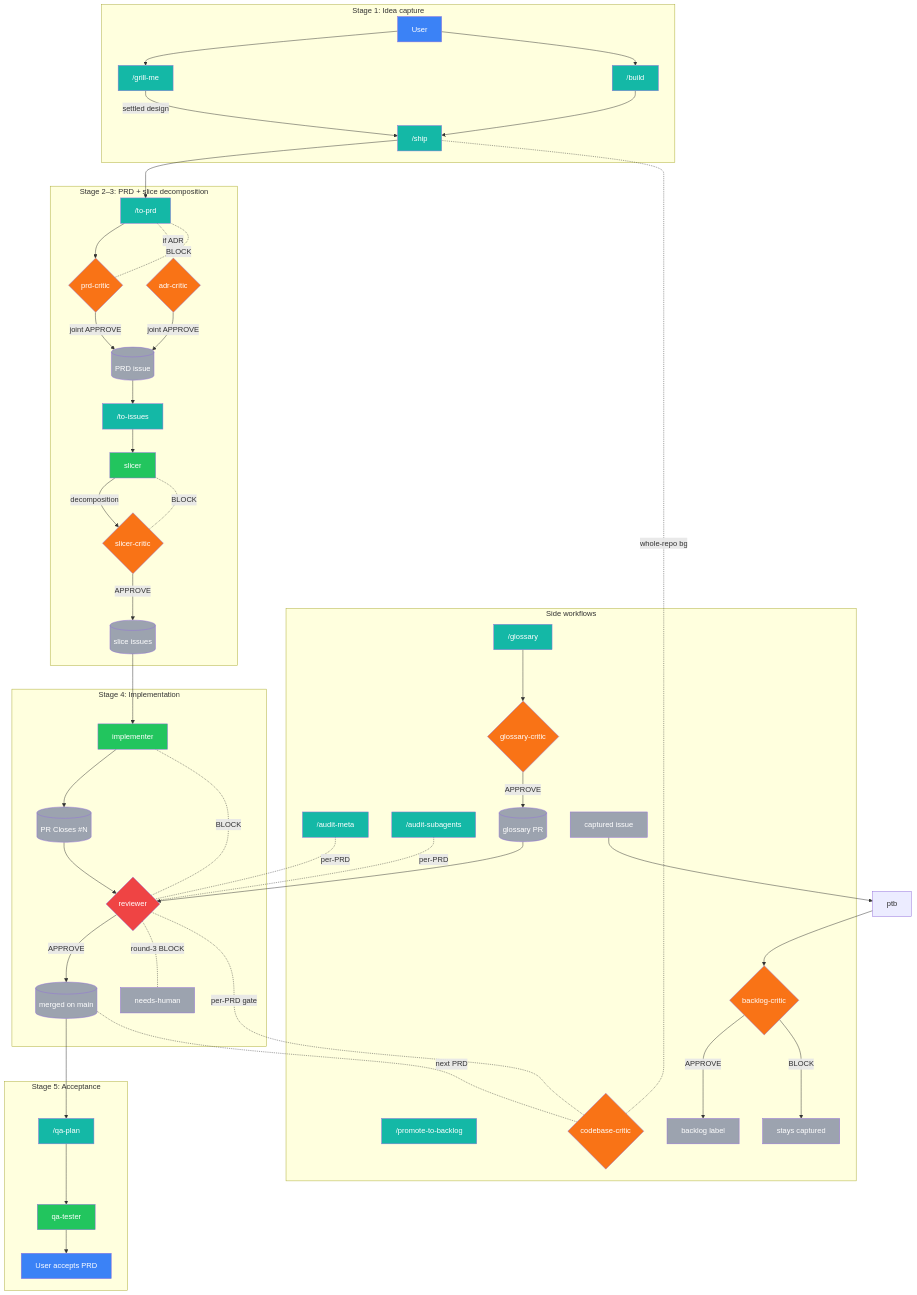
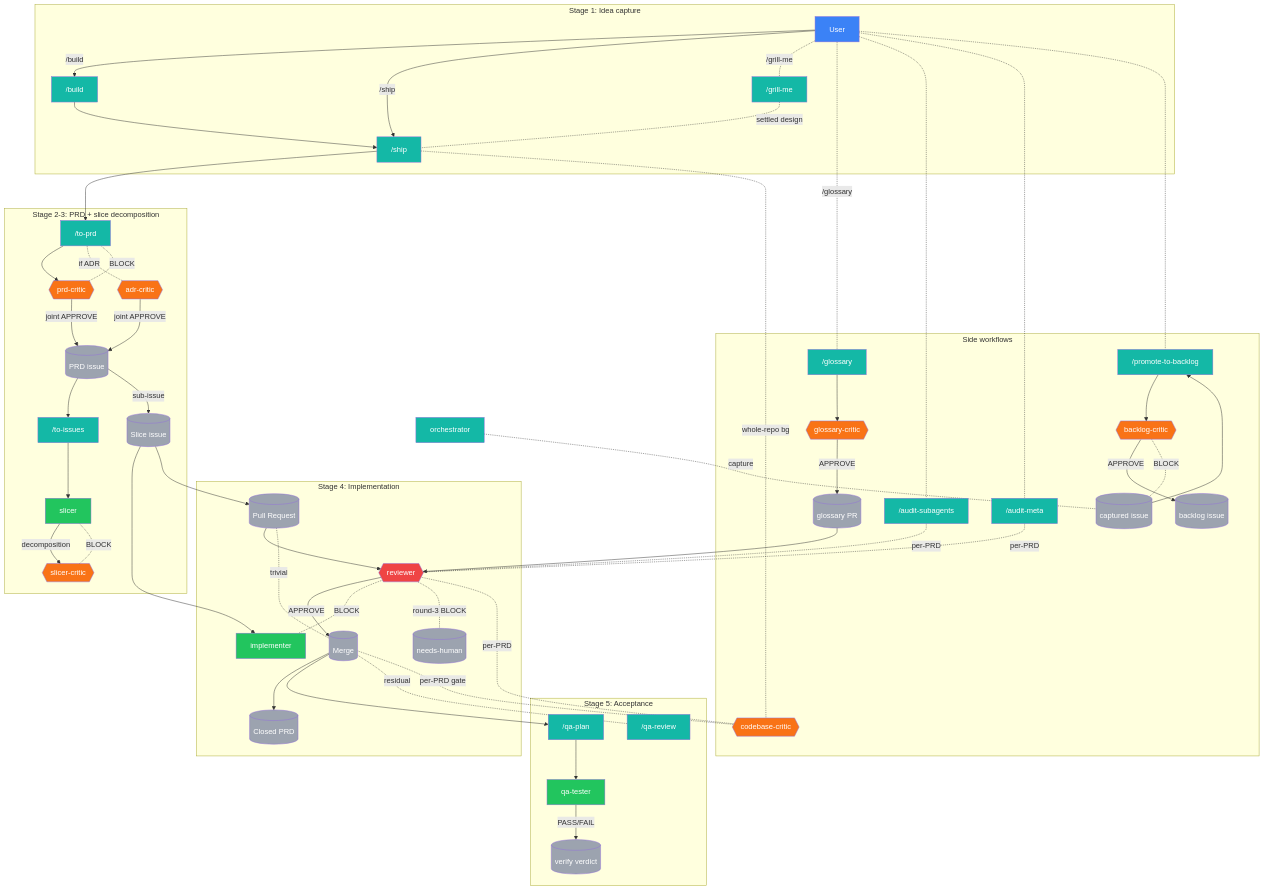
The diagram in README.md (vojtech-stas/project-claude), drawn with Mermaid before and after one commit. The commit also changed 4 other files, not shown here.

````diff
--- a/README.md
+++ b/README.md
@@ -107,50 +107,52 @@
 ```mermaid
 flowchart TD
   subgraph S1["Stage 1: Idea capture"]
-    U1[User]
+    user["User"]
     build["/build"]
     grill_me["/grill-me"]
     ship["/ship"]
   end
-  subgraph S2["Stage 2–3: PRD + slice decomposition"]
+  subgraph S2["Stage 2-3: PRD + slice decomposition"]
     to_prd["/to-prd"]
-    prd_critic{prd-critic}
-    adr_critic{adr-critic}
     to_issues["/to-issues"]
+    prd_critic{{prd-critic}}
+    adr_critic{{adr-critic}}
     slicer[slicer]
-    slicer_critic{slicer-critic}
+    slicer_critic{{slicer-critic}}
     prd_issue[(PRD issue)]
-    slice_issues[(slice issues)]
+    slice_issue[(Slice issue)]
   end
   subgraph S3["Stage 4: Implementation"]
     implementer[implementer]
-    reviewer{reviewer}
-    pr[(PR Closes #N)]
-    merge[(merged on main)]
-    nh[needs-human]
+    reviewer{{reviewer}}
+    pr[(Pull Request)]
+    merge[(Merge)]
+    closed_prd[(Closed PRD)]
+    needs_human[(needs-human)]
   end
   subgraph S4["Stage 5: Acceptance"]
     qa_plan["/qa-plan"]
+    qa_review["/qa-review"]
     qa_tester[qa-tester]
-    U2[User accepts PRD]
+    verify_verdict[(verify verdict)]
   end
   subgraph SS["Side workflows"]
     glossary["/glossary"]
-    glossary_critic{glossary-critic}
     promote_to_backlog["/promote-to-backlog"]
-    backlog_critic{backlog-critic}
     audit_meta["/audit-meta"]
     audit_subagents["/audit-subagents"]
-    codebase_critic{codebase-critic}
+    glossary_critic{{glossary-critic}}
+    backlog_critic{{backlog-critic}}
+    codebase_critic{{codebase-critic}}
+    captured_issue[(captured issue)]
+    backlog_issue[(backlog issue)]
     glossary_pr[(glossary PR)]
-    cap[captured issue]
-    bl[backlog label]
-    capstay[stays captured]
   end
-  U1 --> grill_me
-  grill_me -->|settled design| ship
-  U1 --> build
+  user -->|/build| build
+  user -->|/ship| ship
+  user -./grill-me.- grill_me
   build --> ship
+  grill_me -.settled design.- ship
   ship --> to_prd
   to_prd --> prd_critic
   to_prd -.if ADR.- adr_critic
@@ -160,39 +162,47 @@
   prd_issue --> to_issues
   to_issues --> slicer
   slicer -->|decomposition| slicer_critic
-  slicer_critic -->|APPROVE| slice_issues
+  prd_issue -->|sub-issue| slice_issue
   slicer_critic -.BLOCK.- slicer
-  slice_issues --> implementer
-  implementer --> pr
+  slice_issue --> implementer
+  slice_issue --> pr
   pr --> reviewer
   reviewer -->|APPROVE| merge
+  merge --> closed_prd
   reviewer -.BLOCK.- implementer
-  reviewer -.round-3 BLOCK.- nh
+  reviewer -.round-3 BLOCK.- needs_human
+  pr -.trivial.- merge
   merge --> qa_plan
   qa_plan --> qa_tester
-  qa_tester --> U2
-  audit_subagents -.per-PRD.- reviewer
-  audit_meta -.per-PRD.- reviewer
+  qa_tester -->|PASS/FAIL| verify_verdict
+  merge -.residual.- qa_review
+  merge -.per-PRD gate.- codebase_critic
+  codebase_critic -.per-PRD.- reviewer
+  ship -.whole-repo bg.- codebase_critic
+  user -./glossary.- glossary
   glossary --> glossary_critic
   glossary_critic -->|APPROVE| glossary_pr
   glossary_pr --> reviewer
-  cap --> ptb
-  ptb --> backlog_critic
-  backlog_critic -->|APPROVE| bl
-  backlog_critic -->|BLOCK| capstay
-  codebase_critic -.per-PRD gate.- reviewer
-  merge -.next PRD.- codebase_critic
-  ship -.whole-repo bg.- codebase_critic
+  user -.- audit_subagents
+  audit_subagents -.per-PRD.- reviewer
+  user -.- audit_meta
+  audit_meta -.per-PRD.- reviewer
+  orchestrator -.capture.- captured_issue
+  user -.- promote_to_backlog
+  captured_issue --> promote_to_backlog
+  promote_to_backlog --> backlog_critic
+  backlog_critic -->|APPROVE| backlog_issue
+  backlog_critic -.BLOCK.- captured_issue
   classDef human fill:#3b82f6,color:#fff
   classDef skill fill:#14b8a6,color:#fff
   classDef gen fill:#22c55e,color:#fff
   classDef critic fill:#f97316,color:#fff
   classDef reviewer_cls fill:#ef4444,color:#fff
   classDef artifact fill:#9ca3af,color:#fff
-  class U1,U2 human
-  class audit_meta,audit_subagents,build,glossary,grill_me,orchestrator,promote_to_backlog,qa_plan,ship,to_issues,to_prd skill
+  class user human
+  class audit_meta,audit_subagents,build,glossary,grill_me,orchestrator,promote_to_backlog,qa_plan,qa_review,ship,to_issues,to_prd skill
   class implementer,qa_tester,slicer gen
   class adr_critic,backlog_critic,codebase_critic,glossary_critic,prd_critic,slicer_critic critic
   class reviewer reviewer_cls
-  class prd_issue,slice_issues,pr,merge,nh,glossary_pr,cap,bl,capstay artifact
+  class backlog_issue,captured_issue,closed_prd,glossary_pr,merge,needs_human,pr,prd_issue,slice_issue,verify_verdict artifact
 ```
````
